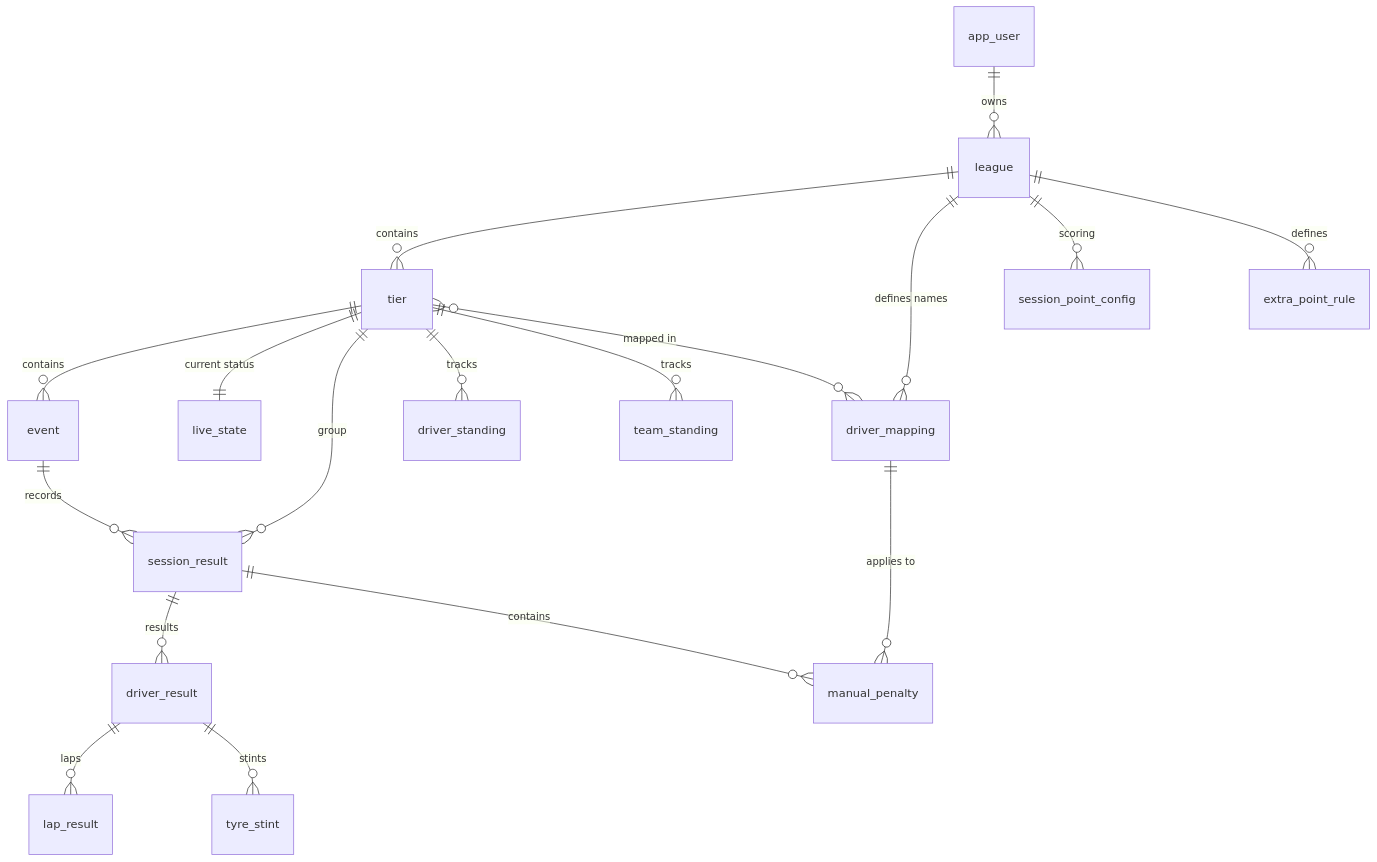
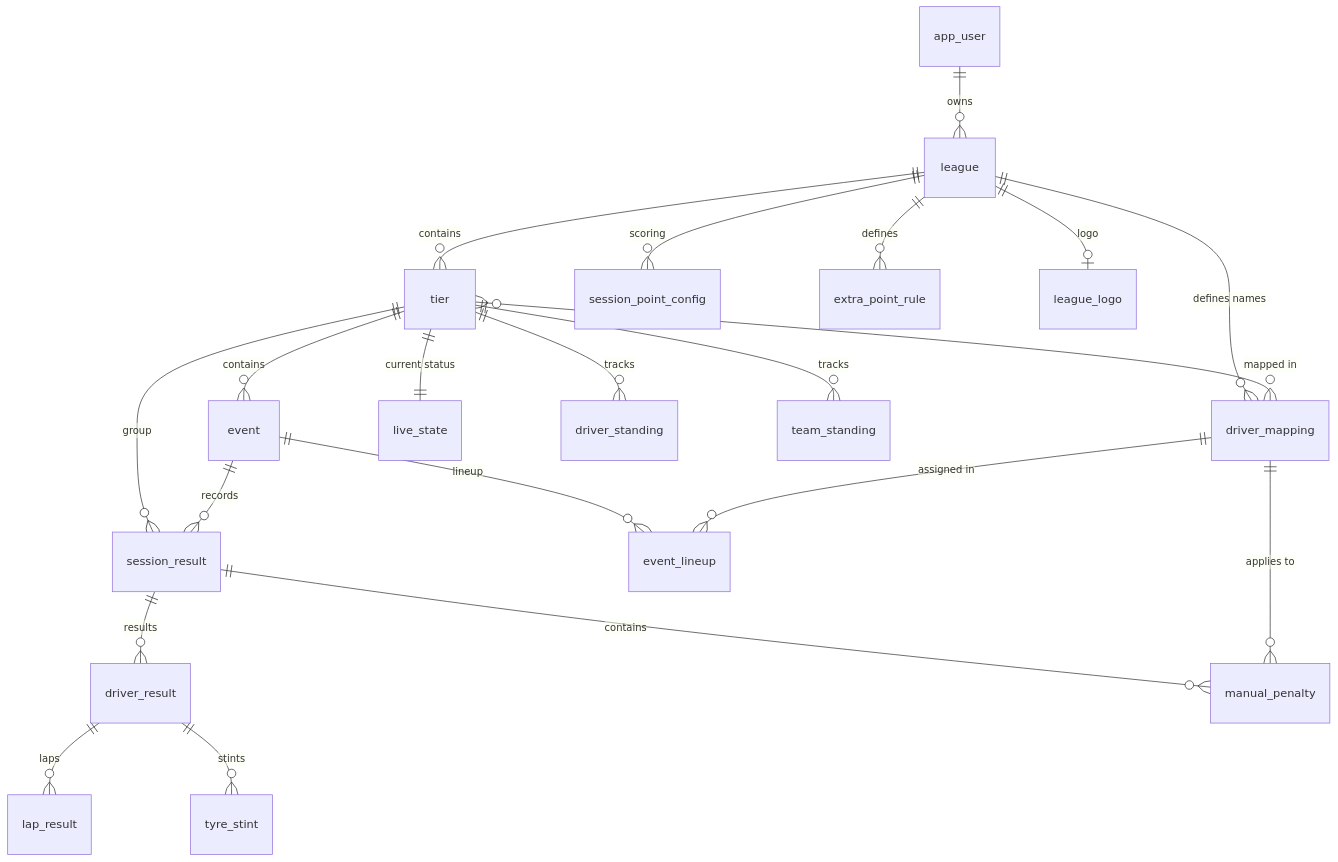
The diagram in README.md (JanVerstuyft/racing-league), drawn with Mermaid before and after one commit. The commit also changed 7 other files, not shown here.

````diff
--- a/README.md
+++ b/README.md
@@ -83,22 +83,25 @@
 ```mermaid
 erDiagram
     app_user ||--o{ league : "owns"
     league ||--o{ tier : "contains"
     league ||--o{ driver_mapping : "defines names"
     league ||--o{ session_point_config : "scoring"
     league ||--o{ extra_point_rule : "defines"
     
     tier ||--o{ event : "contains"
     tier ||--|| live_state : "current status"
     tier ||--o{ session_result : "group"
     tier ||--o{ driver_standing : "tracks"
     tier ||--o{ team_standing : "tracks"
     tier }o--o{ driver_mapping : "mapped in"
     
     event ||--o{ session_result : "records"
+    event ||--o{ event_lineup : "lineup"
+    driver_mapping ||--o{ event_lineup : "assigned in"
     session_result ||--o{ driver_result : "results"
     session_result ||--o{ manual_penalty : "contains"
     driver_mapping ||--o{ manual_penalty : "applies to"
     driver_result ||--o{ lap_result : "laps"
     driver_result ||--o{ tyre_stint : "stints"
+    league ||--o| league_logo : "logo"
 ```
````
